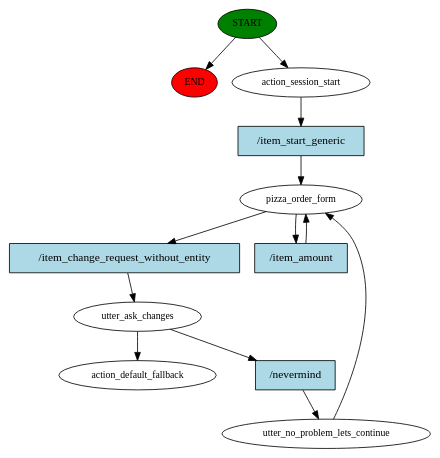
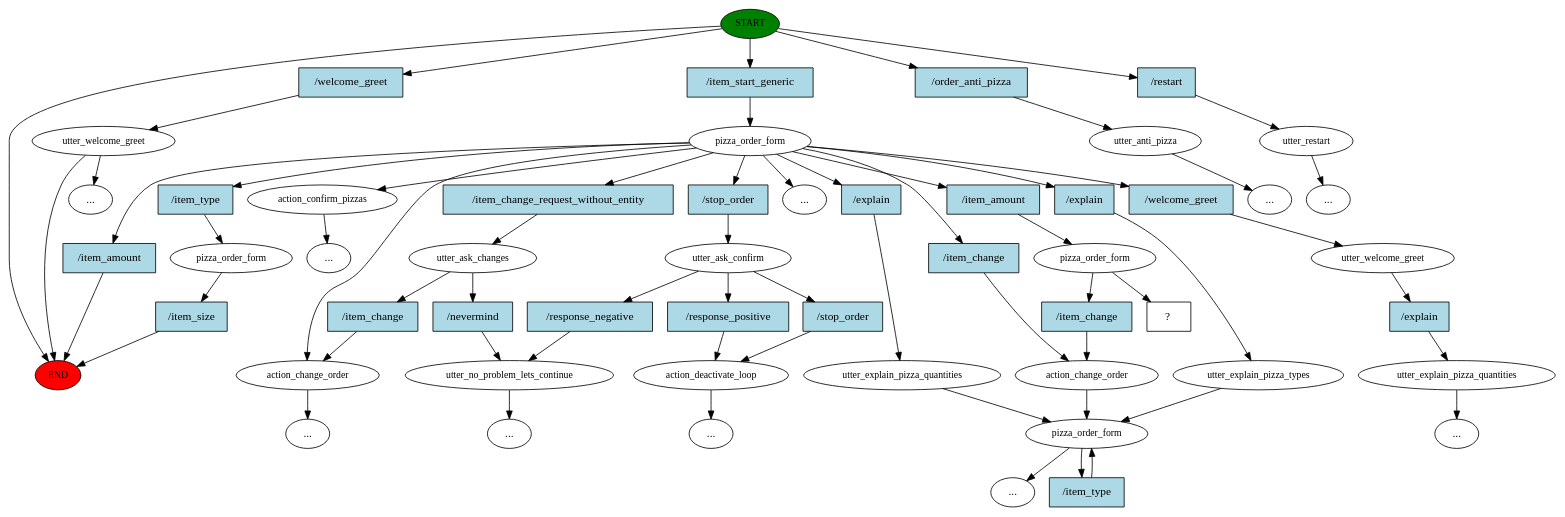
Before and after one commit to ericsua/PizzaBot: the diagram in story_graph.dot, drawn with Graphviz. The commit also changed 6 other files, not shown here.

```diff
--- a/story_graph.dot
+++ b/story_graph.dot
@@ -1,25 +1,117 @@
 digraph  {
 0 [class="start active", fillcolor=green, fontsize=12, label=START, style=filled];
 "-1" [class=end, fillcolor=red, fontsize=12, label=END, style=filled];
-1 [class=active, fontsize=12, label=action_session_start];
-2 [class=active, fontsize=12, label=pizza_order_form];
-3 [class=active, fontsize=12, label=utter_ask_changes];
-4 [class=active, fontsize=12, label=utter_no_problem_lets_continue];
-8 [class="dashed active", fontsize=12, label=action_default_fallback];
-9 [class="intent active", fillcolor=lightblue, label="/item_start_generic", shape=rect, style=filled];
-10 [class="intent active", fillcolor=lightblue, label="/item_change_request_without_entity", shape=rect, style=filled];
-11 [class="intent active", fillcolor=lightblue, label="/item_amount", shape=rect, style=filled];
-12 [class="intent active", fillcolor=lightblue, label="/nevermind", shape=rect, style=filled];
+1 [class="", fontsize=12, label=utter_welcome_greet];
+5 [class=active, fontsize=12, label=pizza_order_form];
+7 [class="", fontsize=12, label=pizza_order_form];
+10 [class="", fontsize=12, label=utter_anti_pizza];
+18 [class="", fontsize=12, label=utter_explain_pizza_quantities];
+19 [class="", fontsize=12, label=pizza_order_form];
+21 [class="", fontsize=12, label=utter_ask_confirm];
+22 [class="", fontsize=12, label=action_deactivate_loop];
+41 [class="", fontsize=12, label=action_confirm_pizzas];
+47 [class="", fontsize=12, label=utter_no_problem_lets_continue];
+76 [class="", fontsize=12, label=action_change_order];
+82 [class="", fontsize=12, label=utter_ask_changes];
+83 [class="", fontsize=12, label=action_change_order];
+97 [class="", fontsize=12, label=utter_explain_pizza_types];
+100 [class="", fontsize=12, label=utter_welcome_greet];
+101 [class="", fontsize=12, label=utter_explain_pizza_quantities];
+"-53" [class=ellipsis, label="..."];
+"-67" [class=ellipsis, label="..."];
+"-75" [class=ellipsis, label="..."];
+"-79" [class=ellipsis, label="..."];
+180 [class=active, fontsize=12, label=pizza_order_form];
+"-83" [class=ellipsis, label="..."];
+"-87" [class=ellipsis, label="..."];
+202 [class="", fontsize=12, label=utter_restart];
+"-88" [class=ellipsis, label="..."];
+"-89" [class=ellipsis, label="..."];
+"-91" [class=ellipsis, label="..."];
+"-92" [class=ellipsis, label="..."];
+215 [class="intent dashed active", label="  ?  ", shape=rect];
+216 [class=intent, fillcolor=lightblue, label="/welcome_greet", shape=rect, style=filled];
+217 [class="intent active", fillcolor=lightblue, label="/item_start_generic", shape=rect, style=filled];
+218 [class=intent, fillcolor=lightblue, label="/order_anti_pizza", shape=rect, style=filled];
+219 [class=intent, fillcolor=lightblue, label="/restart", shape=rect, style=filled];
+220 [class=intent, fillcolor=lightblue, label="/item_amount", shape=rect, style=filled];
+221 [class=intent, fillcolor=lightblue, label="/item_type", shape=rect, style=filled];
+222 [class=intent, fillcolor=lightblue, label="/explain", shape=rect, style=filled];
+223 [class=intent, fillcolor=lightblue, label="/stop_order", shape=rect, style=filled];
+224 [class=intent, fillcolor=lightblue, label="/item_change", shape=rect, style=filled];
+225 [class=intent, fillcolor=lightblue, label="/item_change_request_without_entity", shape=rect, style=filled];
+226 [class=intent, fillcolor=lightblue, label="/explain", shape=rect, style=filled];
+227 [class=intent, fillcolor=lightblue, label="/welcome_greet", shape=rect, style=filled];
+228 [class="intent active", fillcolor=lightblue, label="/item_amount", shape=rect, style=filled];
+229 [class=intent, fillcolor=lightblue, label="/item_size", shape=rect, style=filled];
+230 [class=intent, fillcolor=lightblue, label="/item_type", shape=rect, style=filled];
+231 [class=intent, fillcolor=lightblue, label="/response_positive", shape=rect, style=filled];
+232 [class=intent, fillcolor=lightblue, label="/stop_order", shape=rect, style=filled];
+233 [class=intent, fillcolor=lightblue, label="/response_negative", shape=rect, style=filled];
+234 [class=intent, fillcolor=lightblue, label="/item_change", shape=rect, style=filled];
+235 [class=intent, fillcolor=lightblue, label="/nevermind", shape=rect, style=filled];
+236 [class=intent, fillcolor=lightblue, label="/explain", shape=rect, style=filled];
+237 [class=intent, fillcolor=lightblue, label="/item_change", shape=rect, style=filled];
 0 -> "-1"  [class="", key=NONE, label=""];
-0 -> 1  [class=active, key=NONE, label=""];
-1 -> 9  [class=active, key=0];
-2 -> 10  [class=active, key=0];
-2 -> 11  [class=active, key=0];
-3 -> 8  [class=active, key=NONE, label=""];
-3 -> 12  [class=active, key=0];
-4 -> 2  [class=active, key=NONE, label=""];
-9 -> 2  [class=active, key=0];
-10 -> 3  [class=active, key=0];
-11 -> 2  [class=active, key=0];
-12 -> 4  [class=active, key=0];
+0 -> 216  [class="", key=0];
+0 -> 217  [class=active, key=0];
+0 -> 218  [class="", key=0];
+0 -> 219  [class="", key=0];
+1 -> "-1"  [class="", key=NONE, label=""];
+1 -> "-79"  [class="", key=NONE, label=""];
+5 -> 41  [class="", key=NONE, label=""];
+5 -> "-91"  [class="", key=NONE, label=""];
+5 -> 83  [class="", key=NONE, label=""];
+5 -> 220  [class="", key=0];
+5 -> 221  [class="", key=0];
+5 -> 222  [class="", key=0];
+5 -> 223  [class="", key=0];
+5 -> 224  [class="", key=0];
+5 -> 225  [class="", key=0];
+5 -> 226  [class="", key=0];
+5 -> 227  [class="", key=0];
+5 -> 228  [class=active, key=0];
+7 -> 229  [class="", key=0];
+10 -> "-53"  [class="", key=NONE, label=""];
+18 -> 19  [class="", key=NONE, label=""];
+19 -> "-92"  [class="", key=NONE, label=""];
+19 -> 230  [class="", key=0];
+21 -> 231  [class="", key=0];
+21 -> 232  [class="", key=0];
+21 -> 233  [class="", key=0];
+22 -> "-75"  [class="", key=NONE, label=""];
+41 -> "-67"  [class="", key=NONE, label=""];
+47 -> "-83"  [class="", key=NONE, label=""];
+76 -> 19  [class="", key=NONE, label=""];
+82 -> 234  [class="", key=0];
+82 -> 235  [class="", key=0];
+83 -> "-87"  [class="", key=NONE, label=""];
+97 -> 19  [class="", key=NONE, label=""];
+100 -> 236  [class="", key=0];
+101 -> "-89"  [class="", key=NONE, label=""];
+180 -> 215  [class=active, key=NONE, label=""];
+180 -> 237  [class="", key=0];
+202 -> "-88"  [class="", key=NONE, label=""];
+216 -> 1  [class="", key=0];
+217 -> 5  [class=active, key=0];
+218 -> 10  [class="", key=0];
+219 -> 202  [class="", key=0];
+220 -> "-1"  [class="", key=0];
+221 -> 7  [class="", key=0];
+222 -> 18  [class="", key=0];
+223 -> 21  [class="", key=0];
+224 -> 76  [class="", key=0];
+225 -> 82  [class="", key=0];
+226 -> 97  [class="", key=0];
+227 -> 100  [class="", key=0];
+228 -> 180  [class=active, key=0];
+229 -> "-1"  [class="", key=0];
+230 -> 19  [class="", key=0];
+231 -> 22  [class="", key=0];
+232 -> 22  [class="", key=0];
+233 -> 47  [class="", key=0];
+234 -> 83  [class="", key=0];
+235 -> 47  [class="", key=0];
+236 -> 101  [class="", key=0];
+237 -> 76  [class="", key=0];
 }
```
